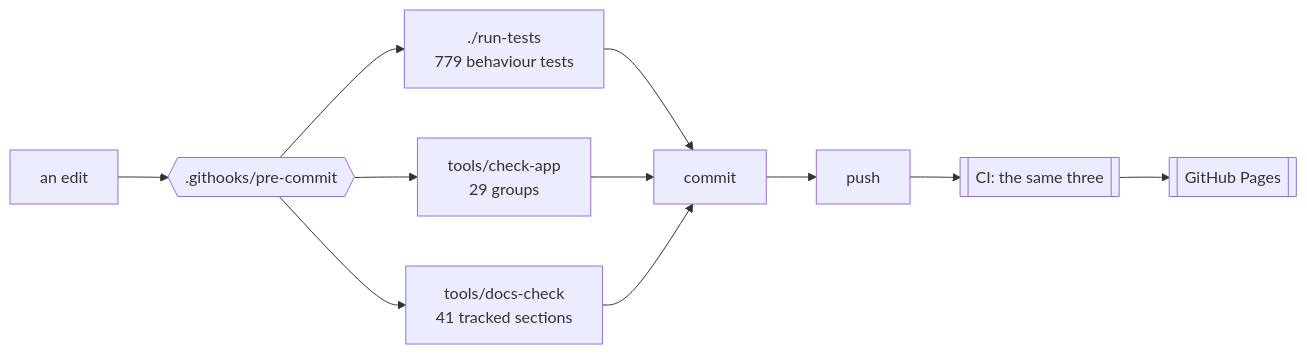
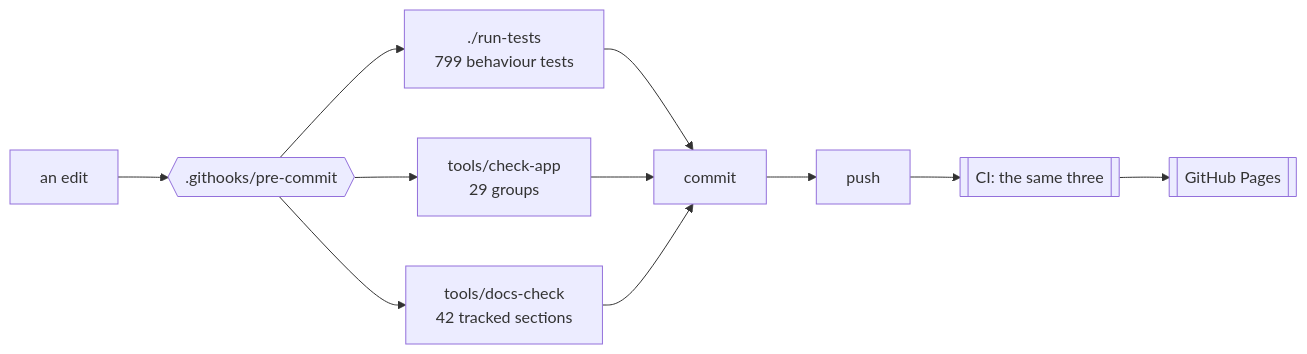
The first of 2 diagrams in docs/DEVELOPING.md (minormending/crystal-pilot-mobile), drawn with Mermaid before and after one commit. The commit also changed other lines of this file and 12 other files, not shown here.

````diff
--- a/docs/DEVELOPING.md
+++ b/docs/DEVELOPING.md
@@ -15,12 +15,12 @@
 ```mermaid
 flowchart LR
     E[an edit] --> H{{".githooks/pre-commit"}}
-    H --> T["./run-tests<br/>779 behaviour tests"]
+    H --> T["./run-tests<br/>799 behaviour tests"]
     H --> C["tools/check-app<br/>29 groups"]
-    H --> D["tools/docs-check<br/>41 tracked sections"]
+    H --> D["tools/docs-check<br/>42 tracked sections"]
     T --> OK[commit]
     C --> OK
     D --> OK
     OK --> P[push] --> CI[["CI: the same three"]]
     CI --> PG[[GitHub Pages]]
 ```
````
